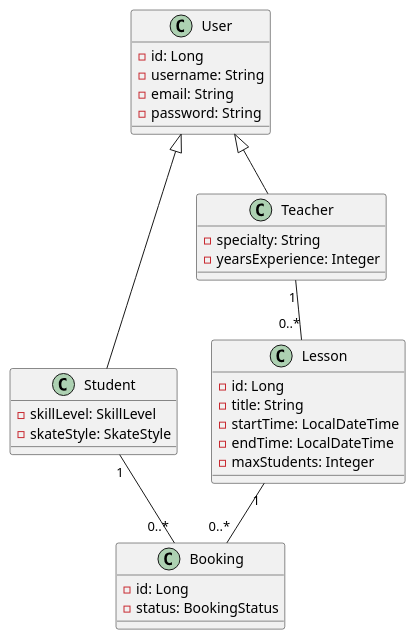
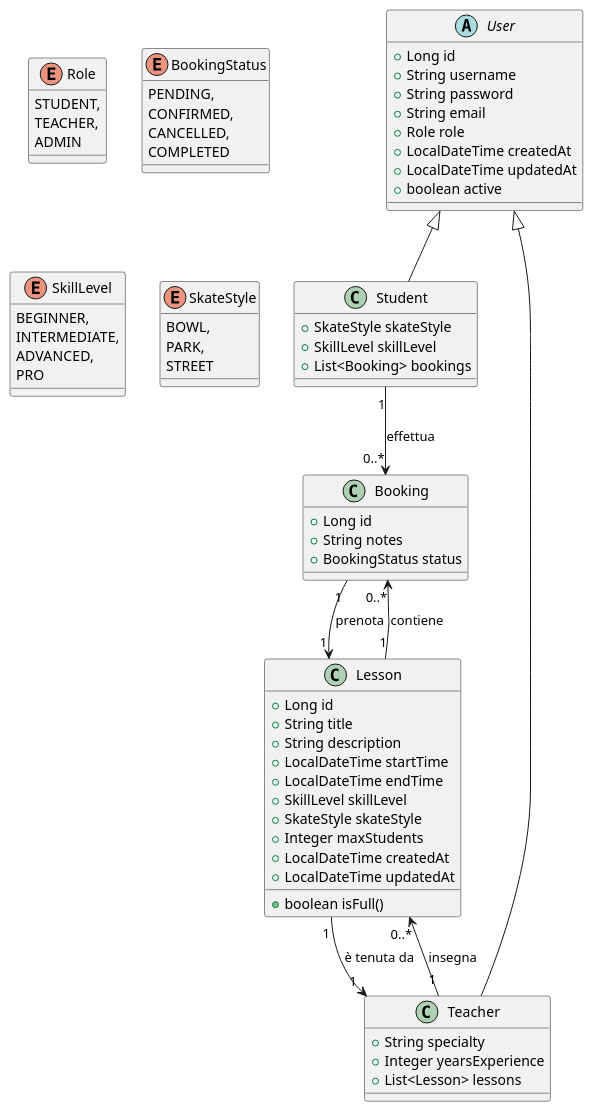
The diagram in src/main/resources/docs/ClassDiagram.puml (danotoriousflaco101/skateschool), drawn with PlantUML before and after one commit. The commit also changed 10 other files, not shown here.

```diff
--- a/src/main/resources/docs/ClassDiagram.puml
+++ b/src/main/resources/docs/ClassDiagram.puml
@@ -1,39 +1,87 @@
 @startuml
 
-class User {
-  -id: Long
-  -username: String
-  -email: String
-  -password: String
+skinparam packageStyle rectangle
+
+' ENUMS
+enum Role {
+             STUDENT,
+             TEACHER,
+             ADMIN
+         }
+
+enum BookingStatus {
+                       PENDING,
+                       CONFIRMED,
+                       CANCELLED,
+                       COMPLETED
+                   }
+
+enum SkillLevel {
+                    BEGINNER,
+                    INTERMEDIATE,
+                    ADVANCED,
+                    PRO
+                }
+
+enum SkateStyle {
+                    BOWL,
+                    PARK,
+                    STREET
+                }
+
+
+abstract class User {
+    +Long id
+    +String username
+    +String password
+    +String email
+    +Role role
+    +LocalDateTime createdAt
+    +LocalDateTime updatedAt
+    +boolean active
 }
 
 class Student {
-  -skillLevel: SkillLevel
-  -skateStyle: SkateStyle
+    +SkateStyle skateStyle
+    +SkillLevel skillLevel
+    +List<Booking> bookings
 }
 
 class Teacher {
-  -specialty: String
-  -yearsExperience: Integer
+    +String specialty
+    +Integer yearsExperience
+    +List<Lesson> lessons
 }
 
 class Lesson {
-  -id: Long
-  -title: String
-  -startTime: LocalDateTime
-  -endTime: LocalDateTime
-  -maxStudents: Integer
+    +Long id
+    +String title
+    +String description
+    +LocalDateTime startTime
+    +LocalDateTime endTime
+    +SkillLevel skillLevel
+    +SkateStyle skateStyle
+    +Integer maxStudents
+    +LocalDateTime createdAt
+    +LocalDateTime updatedAt
+    +boolean isFull()
 }
 
 class Booking {
-  -id: Long
-  -status: BookingStatus
+    +Long id
+    +String notes
+    +BookingStatus status
 }
 
+' Inheritance relations
 User <|-- Student
 User <|-- Teacher
-Lesson "1" -- "0..*" Booking
-Student "1" -- "0..*" Booking
-Teacher "1" -- "0..*" Lesson
+
+' Class relations
+Student "1" --> "0..*" Booking : effettua
+Booking "1" --> "1" Lesson : prenota
+Lesson "1" --> "0..*" Booking : contiene
+Lesson "1" --> "1" Teacher : è tenuta da
+Teacher "1" --> "0..*" Lesson : insegna
 
 @enduml
```
